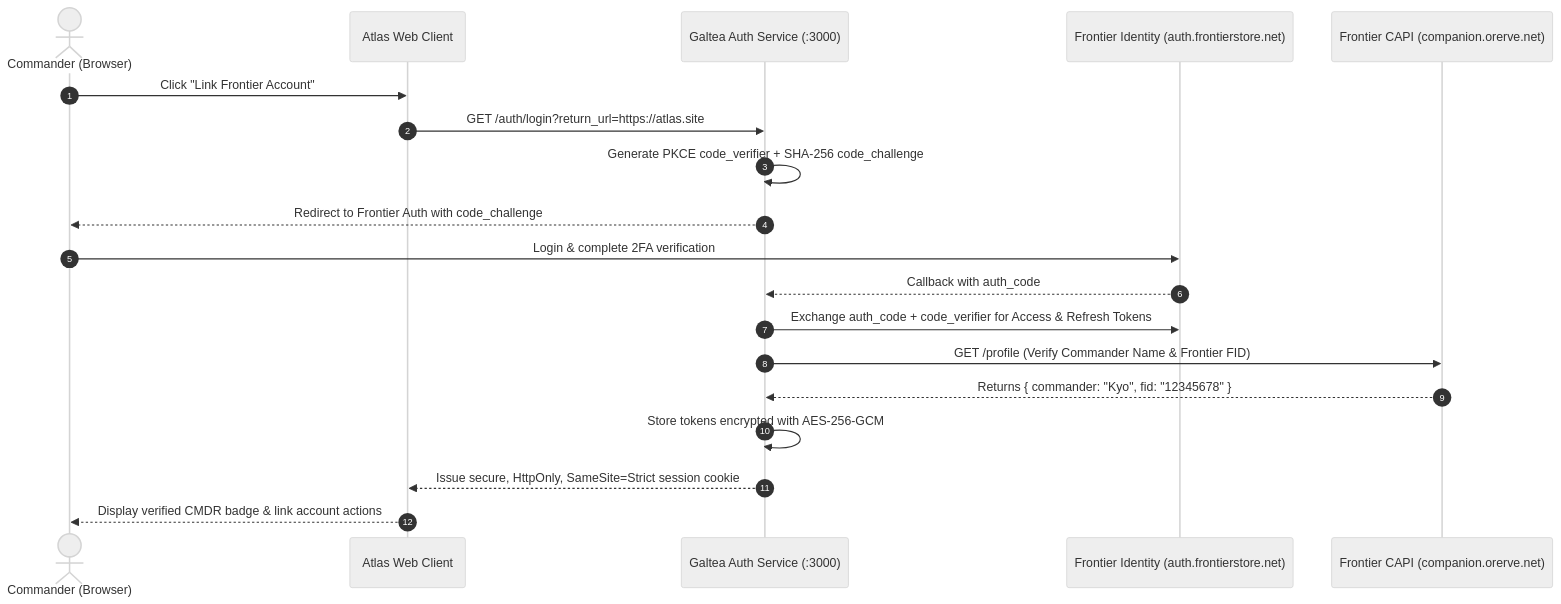
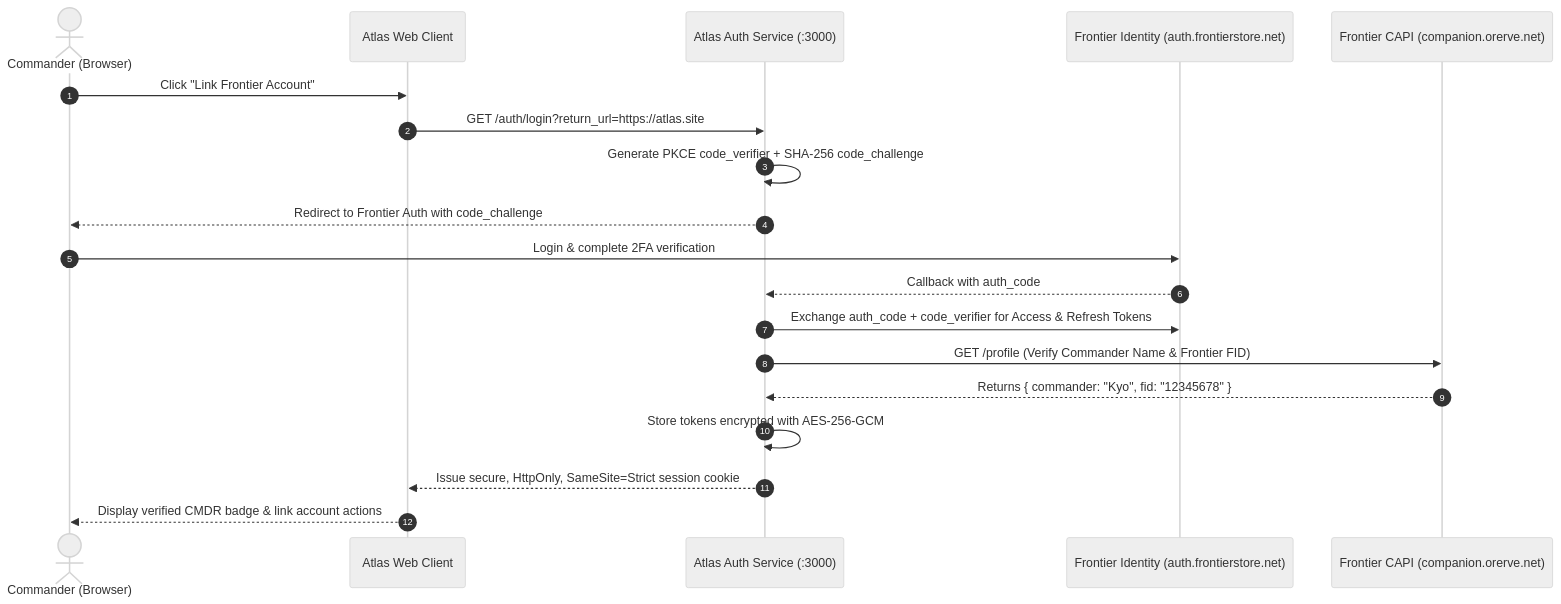
One commit to Irkyosaur/Atlas changed the second of 2 diagrams in specs/deep_security_and_anti_cloning.md. Above: the diagram before and after it, drawn with Mermaid (neutral theme). The commit also changed other lines of this file and 11 other files, not shown here.

````diff
--- a/specs/deep_security_and_anti_cloning.md
+++ b/specs/deep_security_and_anti_cloning.md
@@ -48,22 +48,22 @@
 ```mermaid
 sequenceDiagram
     autonumber
     actor CMDR as Commander (Browser)
     participant Atlas as Atlas Web Client
-    participant AuthSvc as Galtea Auth Service (:3000)
+    participant AuthSvc as Atlas Auth Service (:3000)
     participant FDev as Frontier Identity (auth.frontierstore.net)
     participant CAPI as Frontier CAPI (companion.orerve.net)
 
     CMDR->>Atlas: Click "Link Frontier Account"
     Atlas->>AuthSvc: GET /auth/login?return_url=https://atlas.site
     AuthSvc->>AuthSvc: Generate PKCE code_verifier + SHA-256 code_challenge
     AuthSvc-->>CMDR: Redirect to Frontier Auth with code_challenge
     CMDR->>FDev: Login & complete 2FA verification
     FDev-->>AuthSvc: Callback with auth_code
     AuthSvc->>FDev: Exchange auth_code + code_verifier for Access & Refresh Tokens
     AuthSvc->>CAPI: GET /profile (Verify Commander Name & Frontier FID)
     CAPI-->>AuthSvc: Returns { commander: "Kyo", fid: "12345678" }
     AuthSvc->>AuthSvc: Store tokens encrypted with AES-256-GCM
     AuthSvc-->>Atlas: Issue secure, HttpOnly, SameSite=Strict session cookie
     Atlas-->>CMDR: Display verified CMDR badge & link account actions
 ```
````
